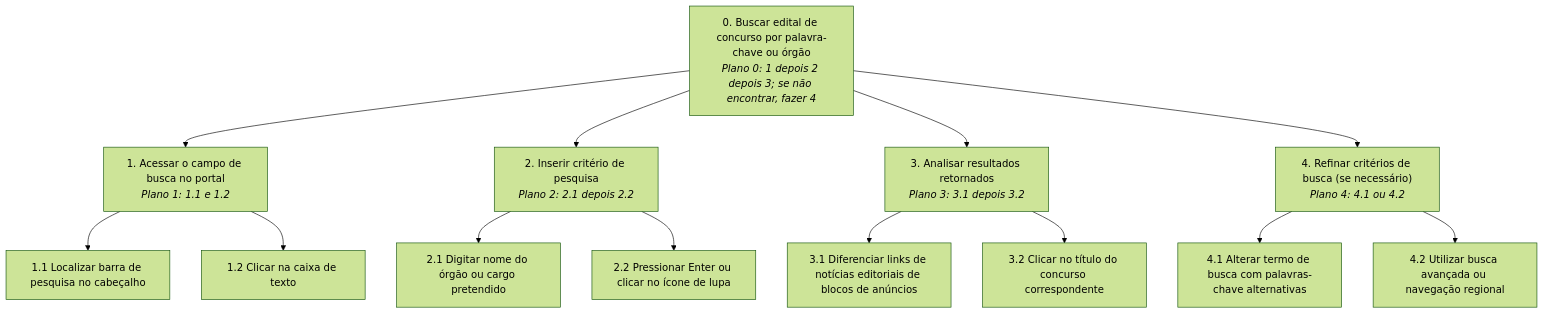
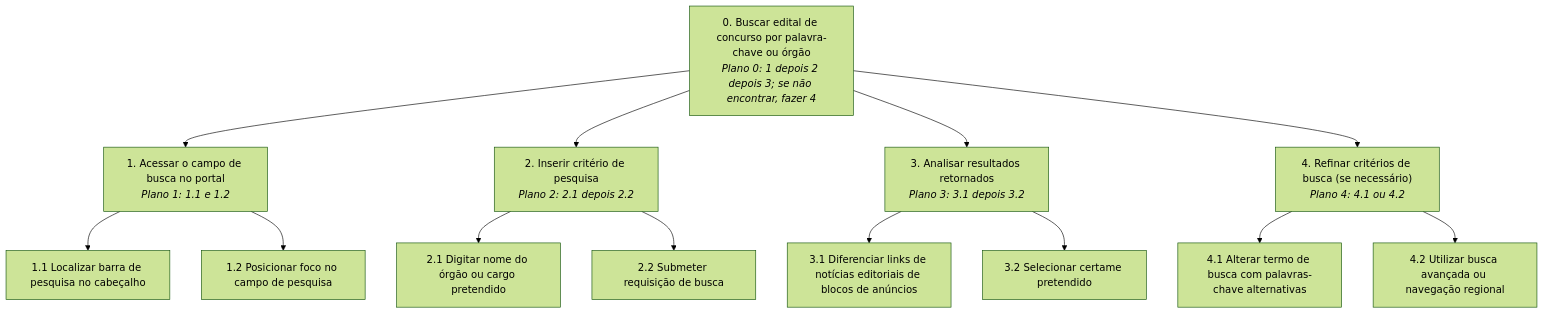
Before and after one commit to Interacao-Humano-Computador/2026.2-Grupo07: the first of 8 diagrams in docs/analise-de-requisitos/analise-de-tarefas/hta.md, drawn with Mermaid (forest theme). The commit also changed other lines of this file and 14 other files, not shown here.

````diff
--- a/docs/analise-de-requisitos/analise-de-tarefas/hta.md
+++ b/docs/analise-de-requisitos/analise-de-tarefas/hta.md
@@ -90,37 +90,37 @@
 ```mermaid
 flowchart TD
     T0["0. Buscar edital de concurso por palavra-chave ou órgão<br><i>Plano 0: 1 depois 2 depois 3; se não encontrar, fazer 4</i>"]
     
     T1["1. Acessar o campo de busca no portal<br><i>Plano 1: 1.1 e 1.2</i>"]
     T11["1.1 Localizar barra de pesquisa no cabeçalho"]
-    T12["1.2 Clicar na caixa de texto"]
+    T12["1.2 Posicionar foco no campo de pesquisa"]
     
     T2["2. Inserir critério de pesquisa<br><i>Plano 2: 2.1 depois 2.2</i>"]
     T21["2.1 Digitar nome do órgão ou cargo pretendido"]
-    T22["2.2 Pressionar Enter ou clicar no ícone de lupa"]
+    T22["2.2 Submeter requisição de busca"]
     
     T3["3. Analisar resultados retornados<br><i>Plano 3: 3.1 depois 3.2</i>"]
     T31["3.1 Diferenciar links de notícias editoriais de blocos de anúncios"]
-    T32["3.2 Clicar no título do concurso correspondente"]
+    T32["3.2 Selecionar certame pretendido"]
     
     T4["4. Refinar critérios de busca (se necessário)<br><i>Plano 4: 4.1 ou 4.2</i>"]
     T41["4.1 Alterar termo de busca com palavras-chave alternativas"]
     T42["4.2 Utilizar busca avançada ou navegação regional"]
 
     T0 --> T1
     T0 --> T2
     T0 --> T3
     T0 --> T4
     
     T1 --> T11
     T1 --> T12
     
     T2 --> T21
     T2 --> T22
     
     T3 --> T31
     T3 --> T32
     
     T4 --> T41
     T4 --> T42
 ```
````
